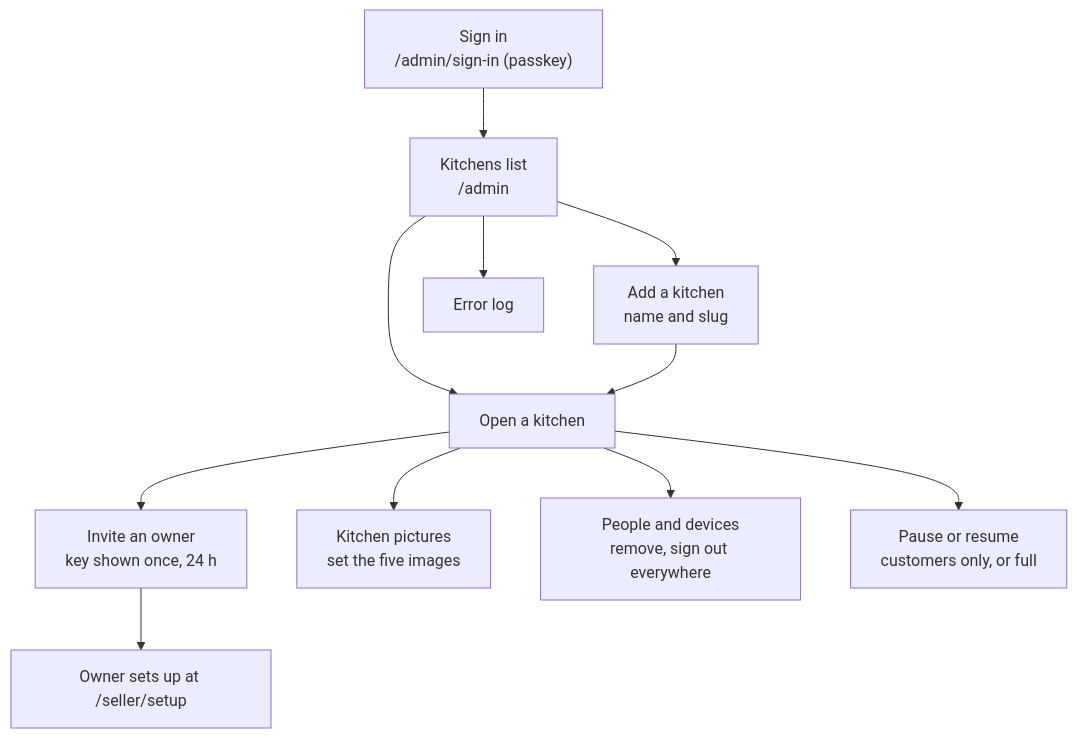
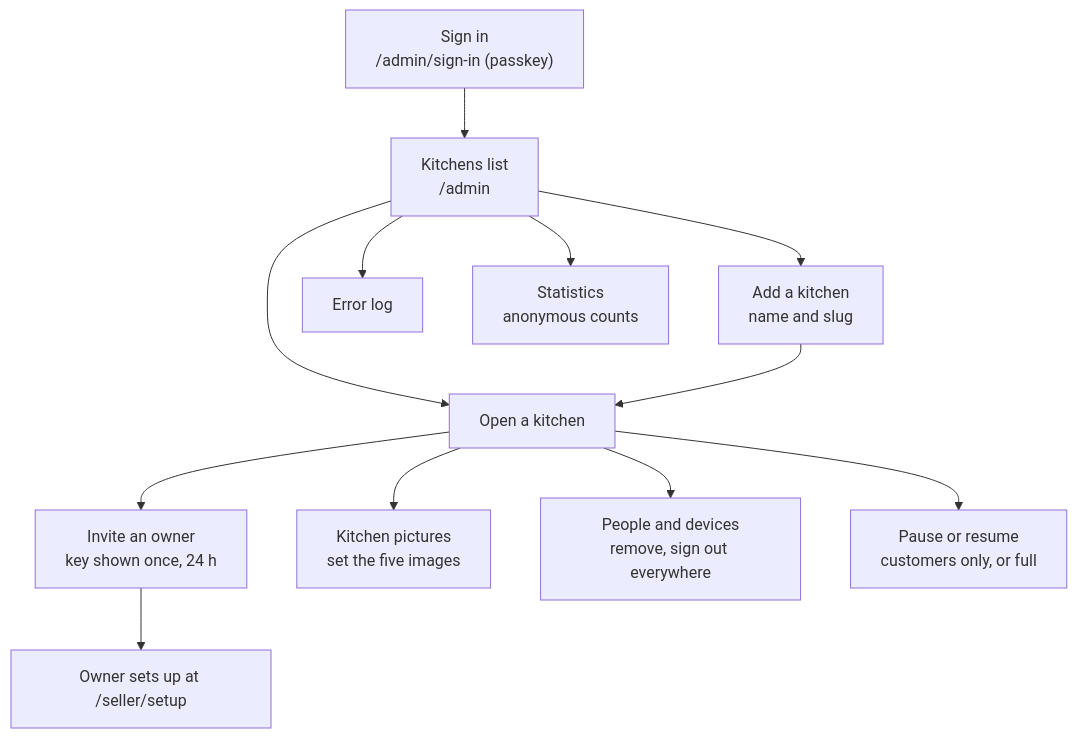
Before and after one commit to Andra-Parwita/OrderingApp: the fifth of 5 diagrams in docs/product/flows.md, drawn with Mermaid. The commit also changed other lines of this file and 126 other files, not shown here.

````diff
--- a/docs/product/flows.md
+++ b/docs/product/flows.md
@@ -117,13 +119,14 @@
 ```mermaid
 flowchart TD
     A["Sign in<br/>/admin/sign-in (passkey)"] --> B["Kitchens list<br/>/admin"]
     B --> C["Add a kitchen<br/>name and slug"]
     B --> D["Open a kitchen"]
     C --> D
     D --> E["Invite an owner<br/>key shown once, 24 h"]
     D --> F["Kitchen pictures<br/>set the five images"]
     D --> G["People and devices<br/>remove, sign out everywhere"]
     D --> H["Pause or resume<br/>customers only, or full"]
     E --> I["Owner sets up at /seller/setup"]
     B --> J["Error log"]
+    B --> L["Statistics<br/>anonymous counts"]
 ```
````
